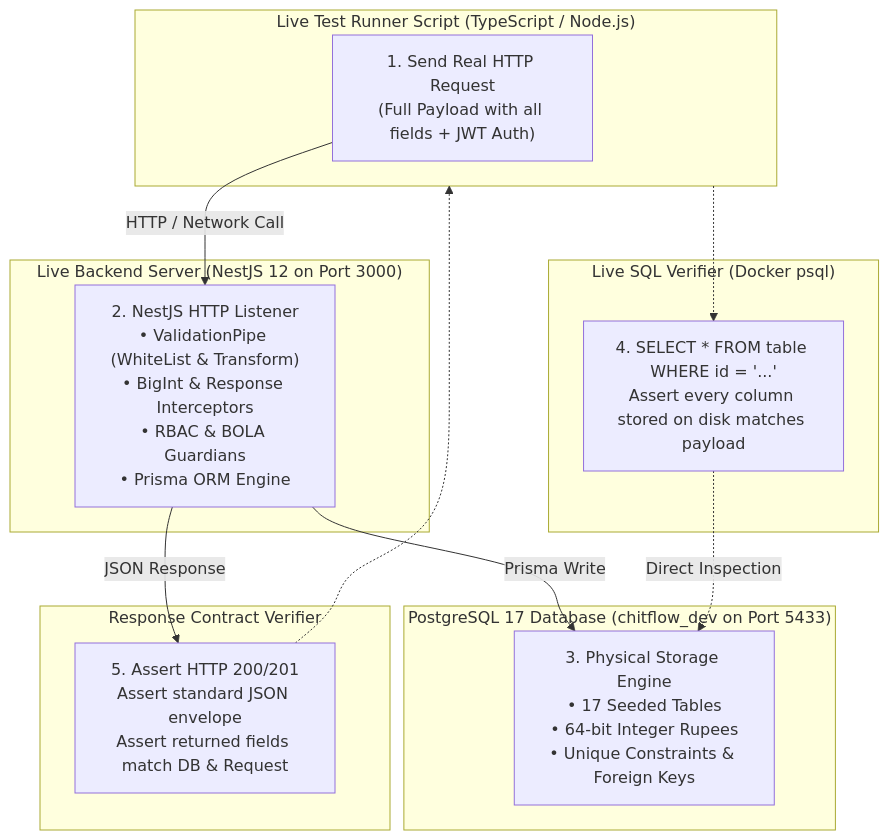
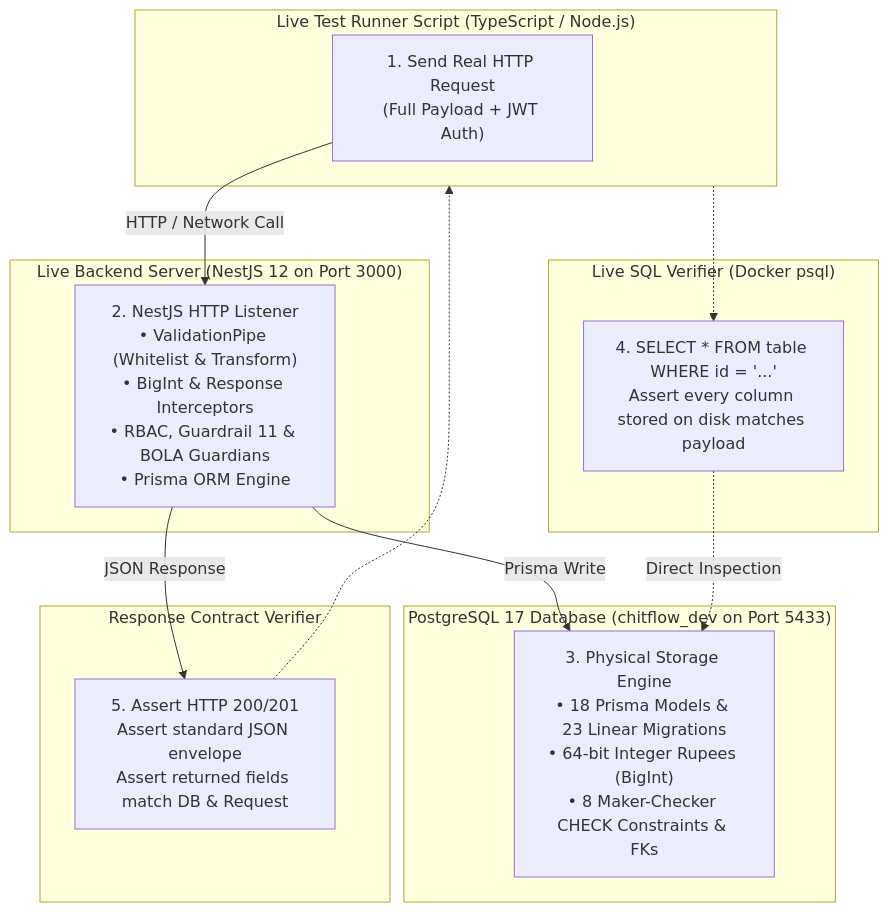
Before and after one commit to Kathir-24/Kumaran-finance: the first of 2 diagrams in apps/api/scripts/docs/master-live-server-e2e-verification-plan.md, drawn with Mermaid. The commit also changed other lines of this file and 4 other files, not shown here.

````diff
--- a/apps/api/scripts/docs/master-live-server-e2e-verification-plan.md
+++ b/apps/api/scripts/docs/master-live-server-e2e-verification-plan.md
@@ -14,29 +14,29 @@
 ```mermaid
 flowchart TD
     subgraph LIVE_TEST_RUNNER ["Live Test Runner Script (TypeScript / Node.js)"]
-        Req["1. Send Real HTTP Request\n(Full Payload with all fields + JWT Auth)"]
+        Req["1. Send Real HTTP Request\n(Full Payload + JWT Auth)"]
     end
 
     subgraph LIVE_SERVER ["Live Backend Server (NestJS 12 on Port 3000)"]
-        Server["2. NestJS HTTP Listener\n• ValidationPipe (WhiteList & Transform)\n• BigInt & Response Interceptors\n• RBAC & BOLA Guardians\n• Prisma ORM Engine"]
+        Server["2. NestJS HTTP Listener\n• ValidationPipe (Whitelist & Transform)\n• BigInt & Response Interceptors\n• RBAC, Guardrail 11 & BOLA Guardians\n• Prisma ORM Engine"]
     end
 
     subgraph POSTGRES_DB ["PostgreSQL 17 Database (chitflow_dev on Port 5433)"]
-        DB["3. Physical Storage Engine\n• 17 Seeded Tables\n• 64-bit Integer Rupees\n• Unique Constraints & Foreign Keys"]
+        DB["3. Physical Storage Engine\n• 18 Prisma Models & 23 Linear Migrations\n• 64-bit Integer Rupees (BigInt)\n• 8 Maker-Checker CHECK Constraints & FKs"]
     end
 
     subgraph LIVE_SQL_VERIFIER ["Live SQL Verifier (Docker psql)"]
         SQL["4. SELECT * FROM table WHERE id = '...'\nAssert every column stored on disk matches payload"]
     end
 
     subgraph RESPONSE_VERIFIER ["Response Contract Verifier"]
         Resp["5. Assert HTTP 200/201\nAssert standard JSON envelope\nAssert returned fields match DB & Request"]
     end
 
     Req -->|HTTP / Network Call| Server
     Server -->|Prisma Write| DB
     Server -->|JSON Response| Resp
     SQL -.->|Direct Inspection| DB
     LIVE_TEST_RUNNER -.-> SQL
     Resp -.-> LIVE_TEST_RUNNER
 ```
````
